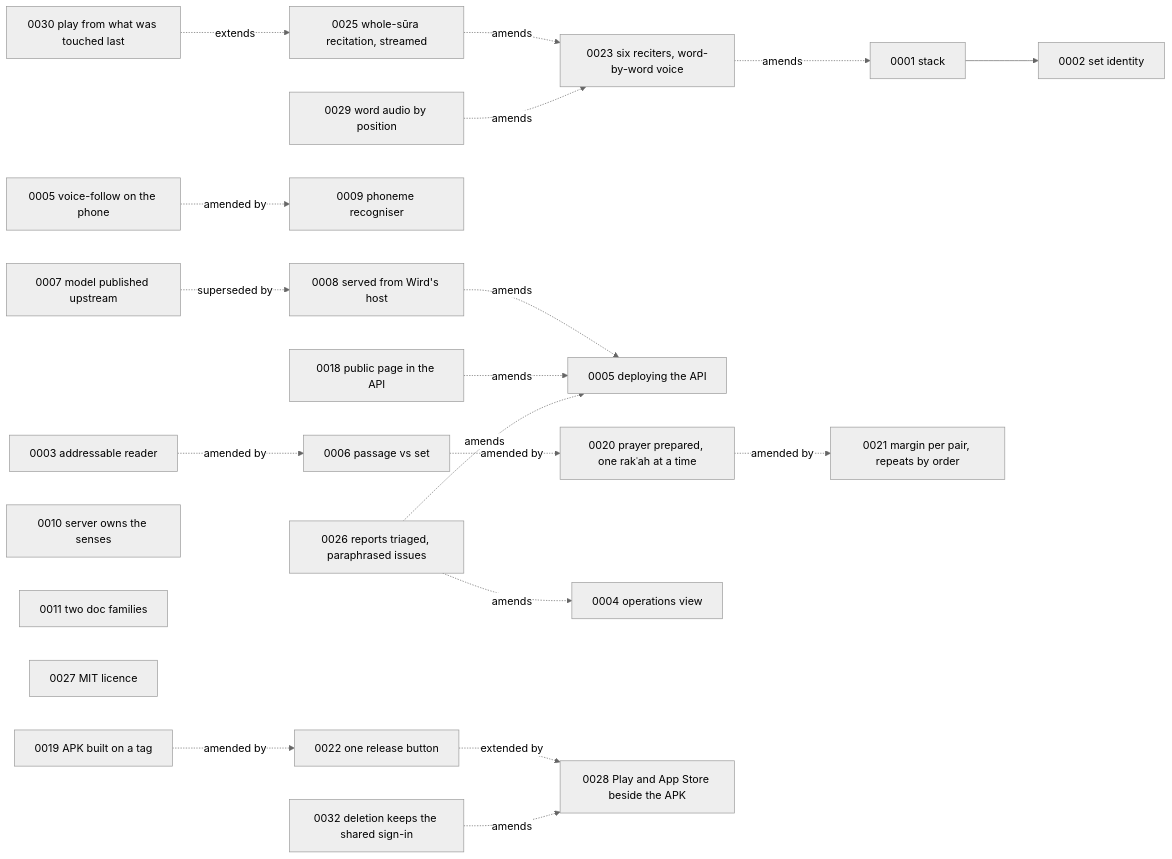
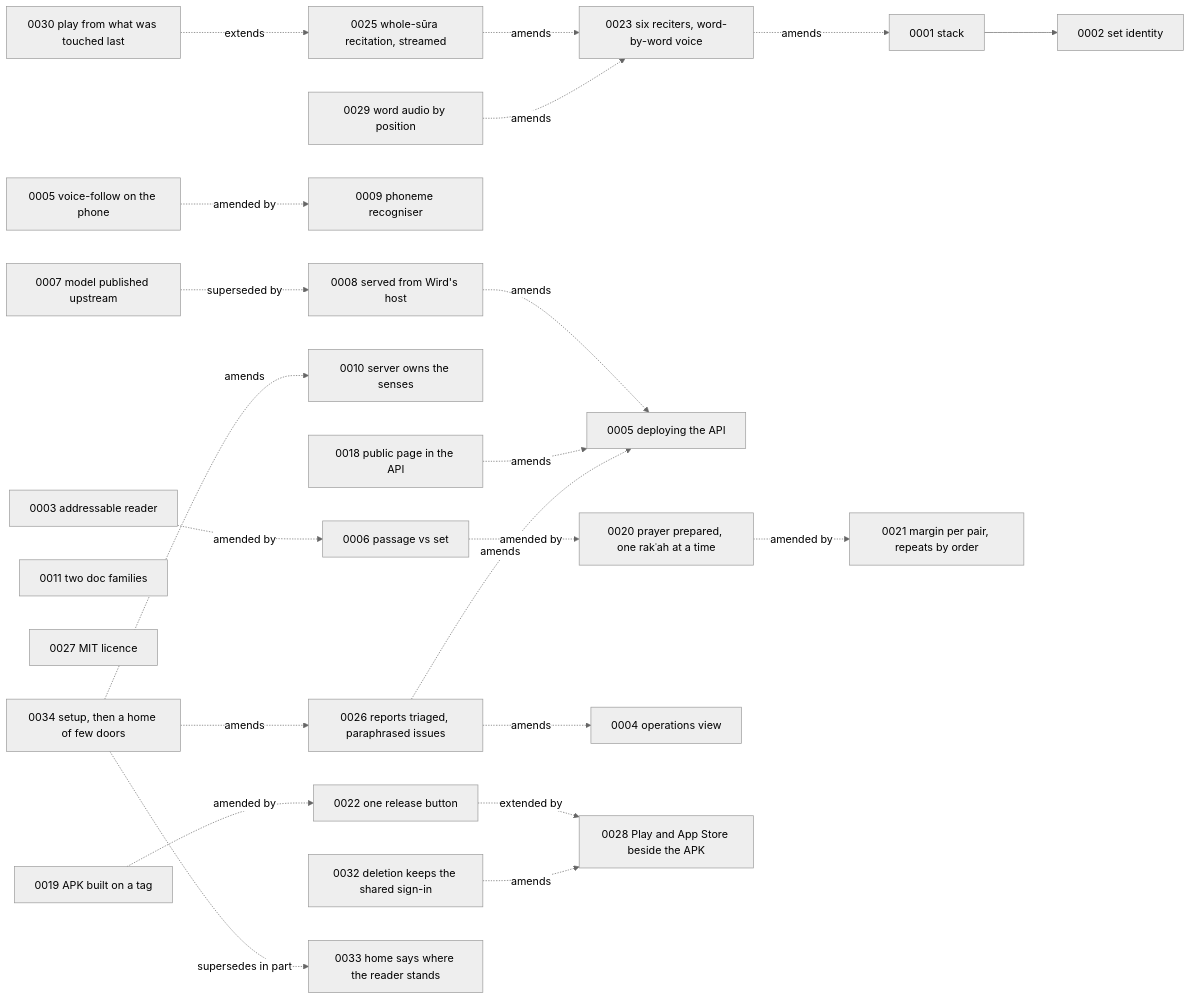
Before and after one commit to MohammadBnei/wird: the diagram in docs/adr/README.md, drawn with Mermaid (neutral theme). The commit also changed other lines of this file and 49 other files, not shown here.

First line of the commit message:
feat(app): a short setup on first launch, then a home of few doors

````diff
--- a/docs/adr/README.md
+++ b/docs/adr/README.md
@@ -7,23 +7,26 @@
 ```mermaid
 flowchart LR
   A1[0001 stack] --> A2[0002 set identity]
   A3[0003 addressable reader] -. amended by .-> A6[0006 passage vs set]
   A6 -. amended by .-> A20[0020 prayer prepared, one rakʿah at a time]
   A20 -. amended by .-> A21[0021 margin per pair, repeats by order]
   A19[0019 APK built on a tag] -. amended by .-> A22[0022 one release button]
   A5v[0005 voice-follow on the phone] -. amended by .-> A9[0009 phoneme recogniser]
   A7[0007 model published upstream] -. superseded by .-> A8[0008 served from Wird's host]
   A8 -. amends .-> A5d[0005 deploying the API]
   A10[0010 server owns the senses]
   A11[0011 two doc families]
   A18[0018 public page in the API] -. amends .-> A5d
   A23[0023 six reciters, word-by-word voice] -. amends .-> A1
   A25[0025 whole-sūra recitation, streamed] -. amends .-> A23
   A26[0026 reports triaged, paraphrased issues] -. amends .-> A4[0004 operations view]
   A26 -. amends .-> A5d
   A27[0027 MIT licence]
   A29[0029 word audio by position] -. amends .-> A23
   A30[0030 play from what was touched last] -. extends .-> A25
   A22 -. extended by .-> A28[0028 Play and App Store beside the APK]
   A32[0032 deletion keeps the shared sign-in] -. amends .-> A28
+  A34[0034 setup, then a home of few doors] -. supersedes in part .-> A33[0033 home says where the reader stands]
+  A34 -. amends .-> A10
+  A34 -. amends .-> A26
 ```
````
